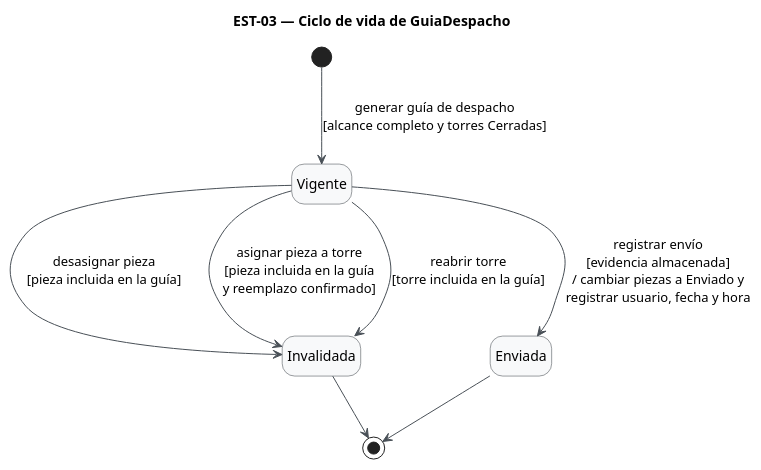
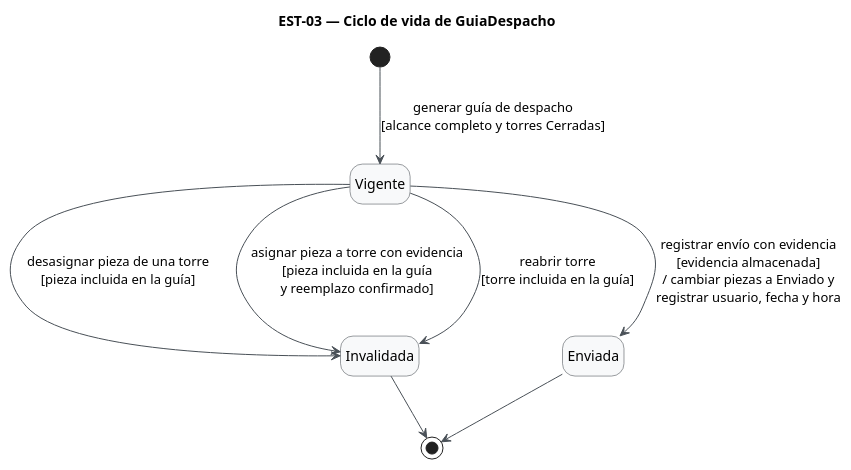
The diagram in diagramas/est-03.puml (Foyzen-Kaze/snapsip), drawn with PlantUML before and after one commit.

```diff
--- a/diagramas/est-03.puml
+++ b/diagramas/est-03.puml
@@ -1,20 +1,20 @@
 @startuml est-03
 title EST-03 — Ciclo de vida de GuiaDespacho
 hide empty description
 skinparam shadowing false
 skinparam state {
   BackgroundColor #F8F9FA
   BorderColor #343A40
   ArrowColor #495057
   StartColor #343A40
   EndColor #343A40
 }
 
 [*] --> Vigente : generar guía de despacho\n[alcance completo y torres Cerradas]
-Vigente --> Invalidada : desasignar pieza\n[pieza incluida en la guía]
-Vigente --> Invalidada : asignar pieza a torre\n[pieza incluida en la guía\ny reemplazo confirmado]
+Vigente --> Invalidada : desasignar pieza de una torre\n[pieza incluida en la guía]
+Vigente --> Invalidada : asignar pieza a torre con evidencia\n[pieza incluida en la guía\ny reemplazo confirmado]
 Vigente --> Invalidada : reabrir torre\n[torre incluida en la guía]
-Vigente --> Enviada : registrar envío\n[evidencia almacenada]\n/ cambiar piezas a Enviado y\nregistrar usuario, fecha y hora
+Vigente --> Enviada : registrar envío con evidencia\n[evidencia almacenada]\n/ cambiar piezas a Enviado y\nregistrar usuario, fecha y hora
 Invalidada --> [*]
 Enviada --> [*]
 @enduml
```
